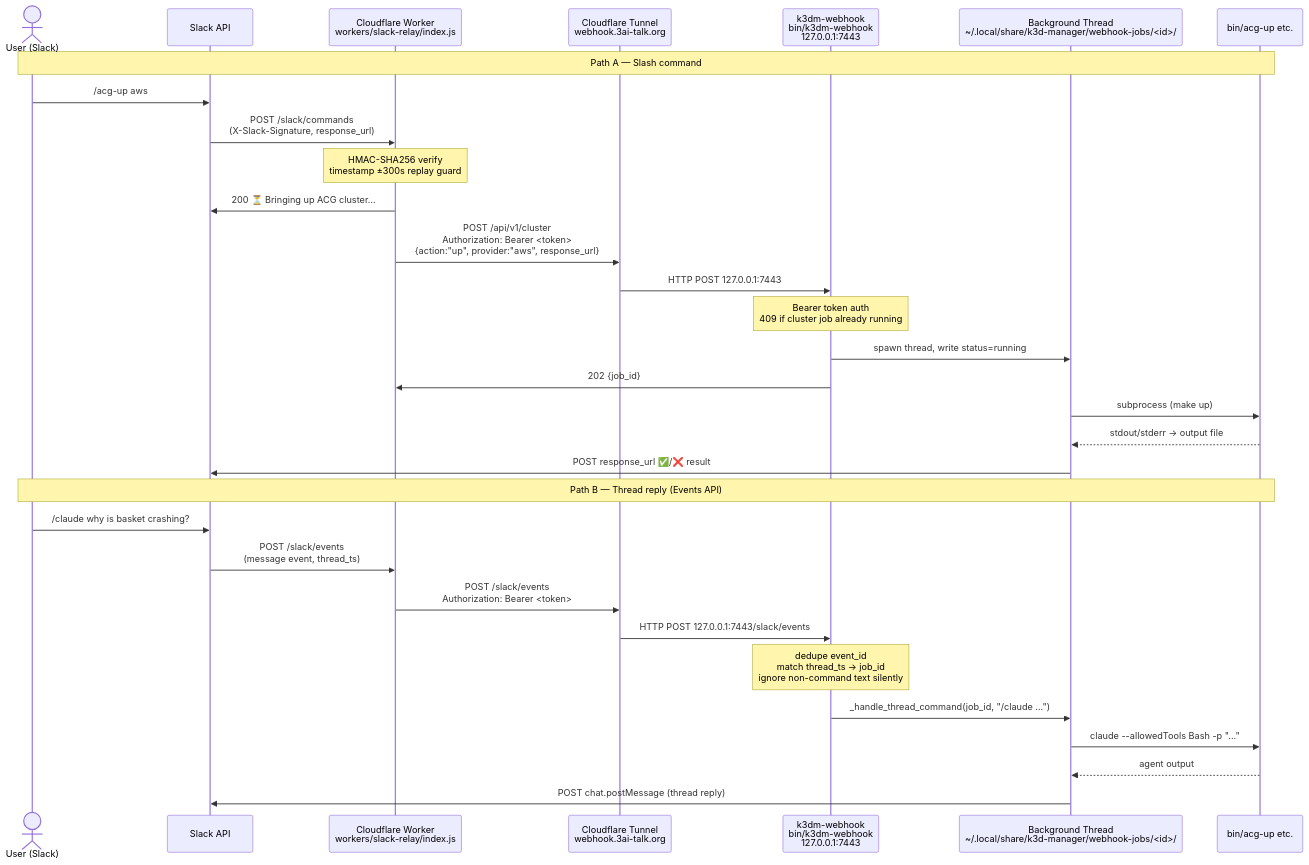
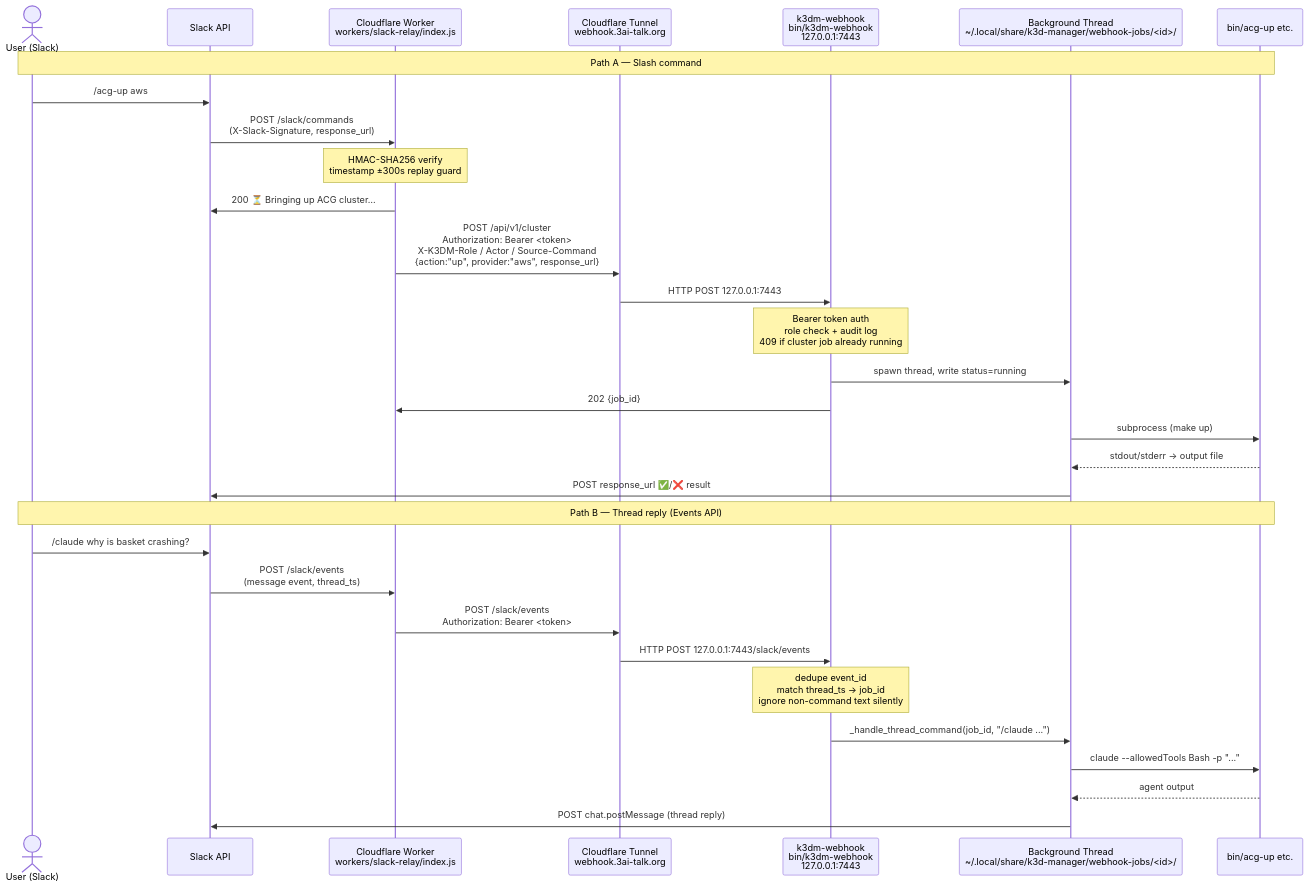
Before and after one commit to wilddog64/k3d-manager: the second of 2 diagrams in docs/architecture/cloudflare-slack-relay.md, drawn with Mermaid. The commit also changed other lines of this file and 5 other files, not shown here.

````diff
--- a/docs/architecture/cloudflare-slack-relay.md
+++ b/docs/architecture/cloudflare-slack-relay.md
@@ -77,35 +77,35 @@
 ```mermaid
 sequenceDiagram
     actor User as User (Slack)
     participant Slack as Slack API
     participant Worker as Cloudflare Worker<br/>workers/slack-relay/index.js
     participant Tunnel as Cloudflare Tunnel<br/>webhook.3ai-talk.org
     participant WH as k3dm-webhook<br/>bin/k3dm-webhook<br/>127.0.0.1:7443
     participant Job as Background Thread<br/>~/.local/share/k3d-manager/webhook-jobs/<id>/
     participant Bin as bin/acg-up etc.
 
     note over User,Bin: Path A — Slash command
     User->>Slack: /acg-up aws
     Slack->>Worker: POST /slack/commands<br/>(X-Slack-Signature, response_url)
     Note over Worker: HMAC-SHA256 verify<br/>timestamp ±300s replay guard
     Worker->>Slack: 200 ⏳ Bringing up ACG cluster…
-    Worker->>Tunnel: POST /api/v1/cluster<br/>Authorization: Bearer <token><br/>{action:"up", provider:"aws", response_url}
+    Worker->>Tunnel: POST /api/v1/cluster<br/>Authorization: Bearer <token><br/>X-K3DM-Role / Actor / Source-Command<br/>{action:"up", provider:"aws", response_url}
     Tunnel->>WH: HTTP POST 127.0.0.1:7443
-    Note over WH: Bearer token auth<br/>409 if cluster job already running
+    Note over WH: Bearer token auth<br/>role check + audit log<br/>409 if cluster job already running
     WH->>Job: spawn thread, write status=running
     WH->>Worker: 202 {job_id}
     Job->>Bin: subprocess (make up)
     Bin-->>Job: stdout/stderr → output file
     Job->>Slack: POST response_url ✅/❌ result
 
     note over User,Bin: Path B — Thread reply (Events API)
     User->>Slack: /claude why is basket crashing?
     Slack->>Worker: POST /slack/events<br/>(message event, thread_ts)
     Worker->>Tunnel: POST /slack/events<br/>Authorization: Bearer <token>
     Tunnel->>WH: HTTP POST 127.0.0.1:7443/slack/events
     Note over WH: dedupe event_id<br/>match thread_ts → job_id<br/>ignore non-command text silently
     WH->>Job: _handle_thread_command(job_id, "/claude ...")
     Job->>Bin: claude --allowedTools Bash -p "..."
     Bin-->>Job: agent output
     Job->>Slack: POST chat.postMessage (thread reply)
 ```
````
